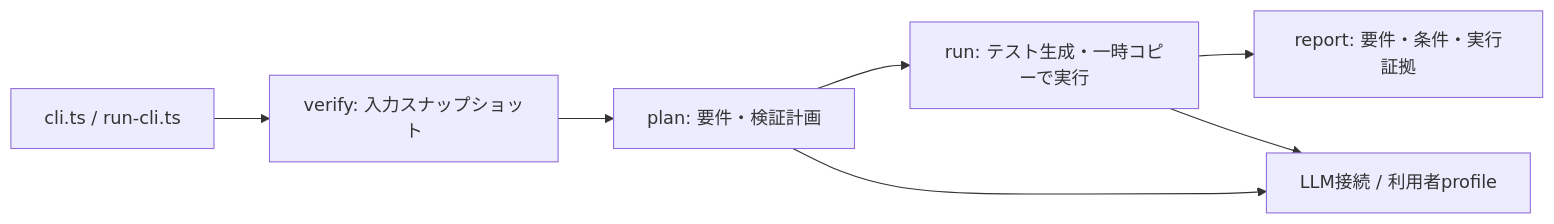
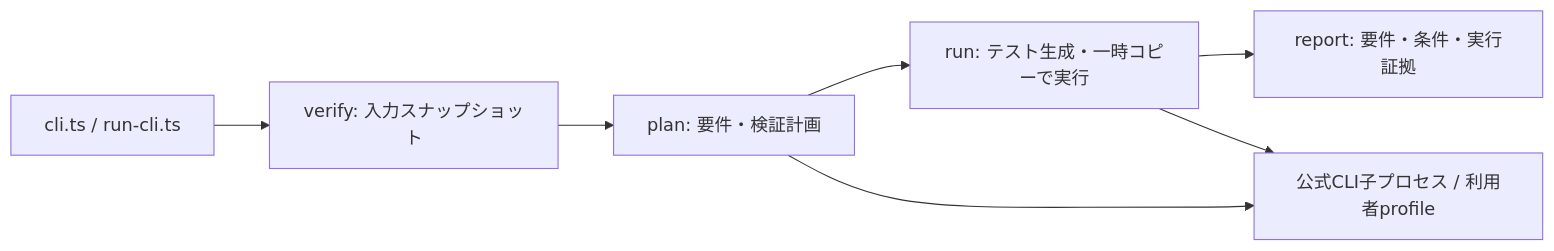
Before and after one commit to shion-kamimura/latch: the first of 2 diagrams in ARCHITECTURE.md, drawn with Mermaid. The commit also changed other lines of this file and 64 other files, not shown here.

````diff
--- a/ARCHITECTURE.md
+++ b/ARCHITECTURE.md
@@ -7,9 +7,9 @@
 ```mermaid
 flowchart LR
   CLI[cli.ts / run-cli.ts] --> V[verify: 入力スナップショット]
   V --> P[plan: 要件・検証計画]
   P --> R[run: テスト生成・一時コピーで実行]
   R --> O[report: 要件・条件・実行証拠]
-  P --> L[LLM接続 / 利用者profile]
+  P --> L[公式CLI子プロセス / 利用者profile]
   R --> L
 ```
````
